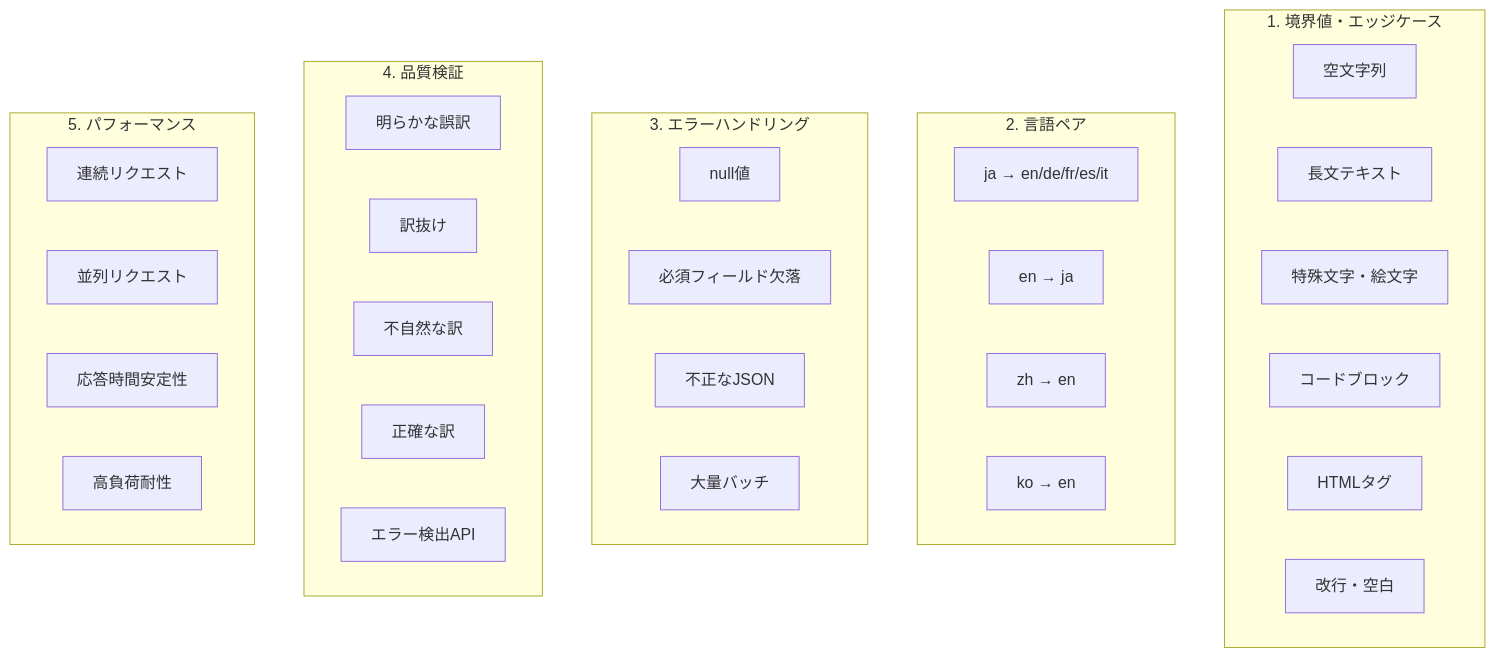
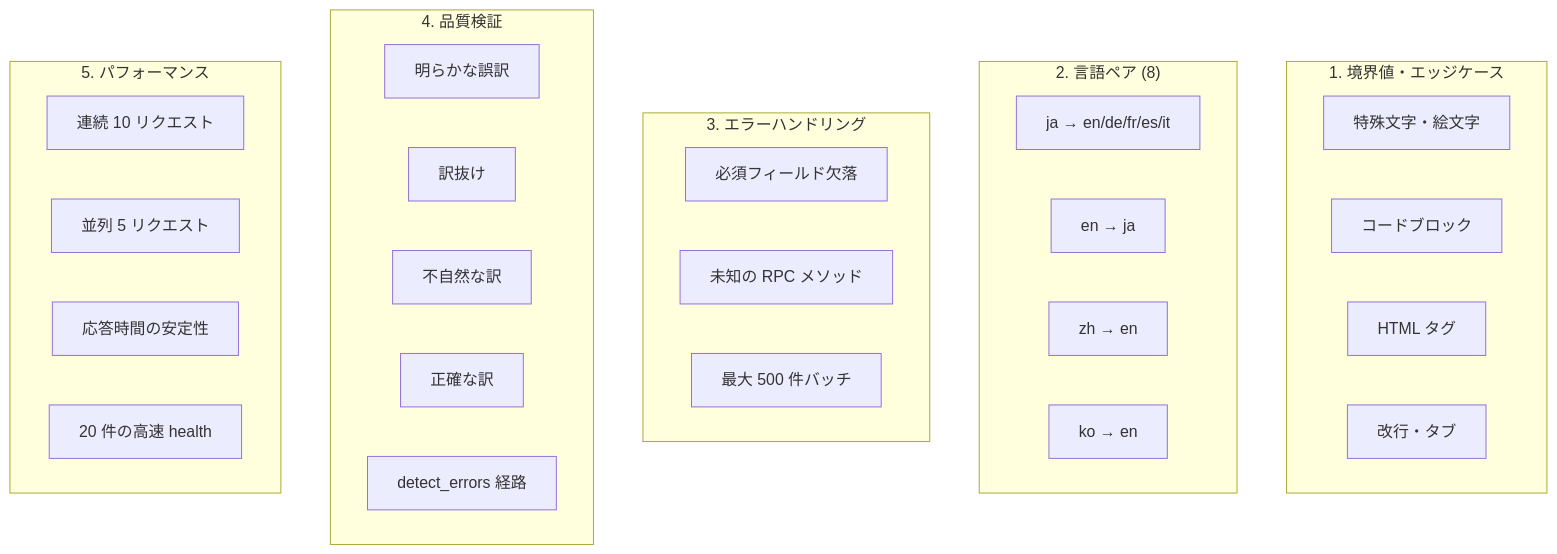
Before and after one commit to shuji-bonji/xcomet-mcp-server: the eighth of 8 diagrams in tests/README.md, drawn with Mermaid. The commit also changed other lines of this file and 18 other files, not shown here.

````diff
--- a/tests/README.md
+++ b/tests/README.md
@@ -215,40 +232,37 @@
 ```mermaid
 graph TD
     subgraph "1. 境界値・エッジケース"
-        A1[空文字列]
-        A2[長文テキスト]
-        A3[特殊文字・絵文字]
-        A4[コードブロック]
-        A5[HTMLタグ]
-        A6[改行・空白]
+        A1[特殊文字・絵文字]
+        A2[コードブロック]
+        A3[HTML タグ]
+        A4[改行・タブ]
     end
 
-    subgraph "2. 言語ペア"
+    subgraph "2. 言語ペア (8)"
         B1[ja → en/de/fr/es/it]
         B2[en → ja]
         B3[zh → en]
         B4[ko → en]
     end
 
     subgraph "3. エラーハンドリング"
-        C1[null値]
-        C2[必須フィールド欠落]
-        C3[不正なJSON]
-        C4[大量バッチ]
+        C1[必須フィールド欠落]
+        C2[未知の RPC メソッド]
+        C3[最大 500 件バッチ]
     end
 
     subgraph "4. 品質検証"
         D1[明らかな誤訳]
         D2[訳抜け]
         D3[不自然な訳]
         D4[正確な訳]
-        D5[エラー検出API]
+        D5[detect_errors 経路]
     end
 
     subgraph "5. パフォーマンス"
-        E1[連続リクエスト]
-        E2[並列リクエスト]
-        E3[応答時間安定性]
-        E4[高負荷耐性]
+        E1[連続 10 リクエスト]
+        E2[並列 5 リクエスト]
+        E3[応答時間の安定性]
+        E4[20 件の高速 health]
     end
 ```
````
